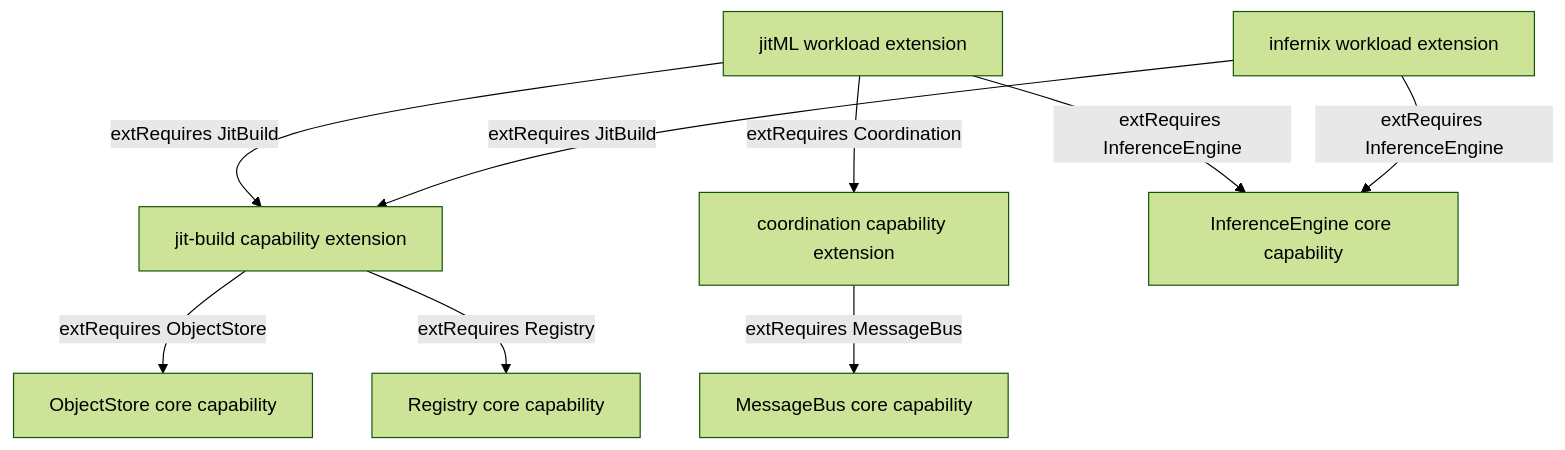
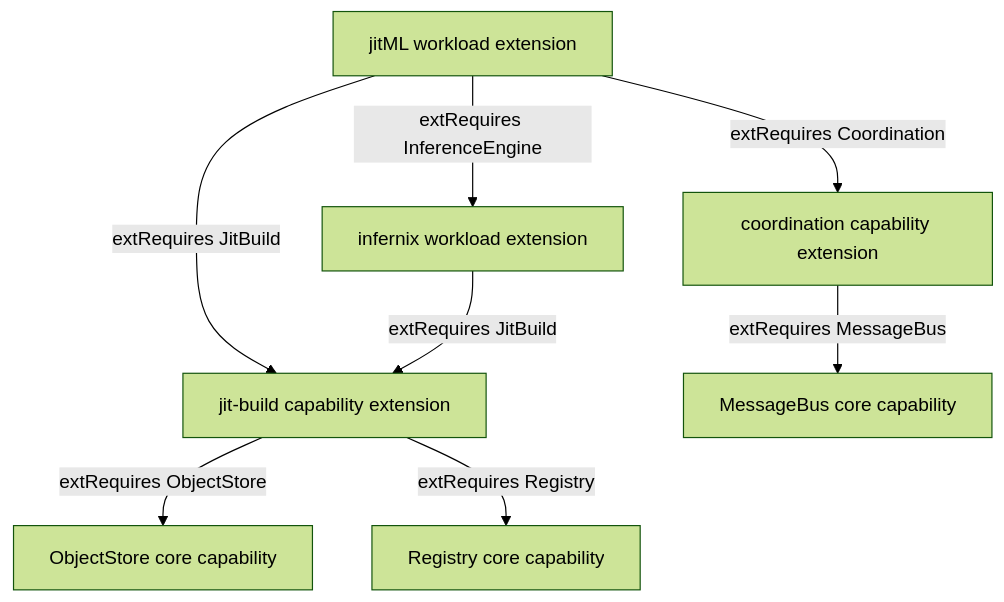
Before and after one commit to Tuee22/amoebius: the diagram in documents/engineering/capability_extension_doctrine.md, drawn with Mermaid (forest theme). The commit also changed other lines of this file and 669 other files, not shown here.

````diff
--- a/documents/engineering/capability_extension_doctrine.md
+++ b/documents/engineering/capability_extension_doctrine.md
@@ -293,12 +298,11 @@
 ```mermaid
 flowchart TD
 %% register: orientation
   jitml[jitML workload extension] -->|extRequires JitBuild| jb[jit-build capability extension]
   jitml -->|extRequires Coordination| coord[coordination capability extension]
-  jitml -->|extRequires InferenceEngine| ie[InferenceEngine core capability]
-  infernix[infernix workload extension] -->|extRequires JitBuild| jb
-  infernix -->|extRequires InferenceEngine| ie
+  jitml -->|extRequires InferenceEngine| infernix[infernix workload extension]
+  infernix -->|extRequires JitBuild| jb
   jb -->|extRequires ObjectStore| os[ObjectStore core capability]
   jb -->|extRequires Registry| reg[Registry core capability]
   coord -->|extRequires MessageBus| mb[MessageBus core capability]
 ```
````
